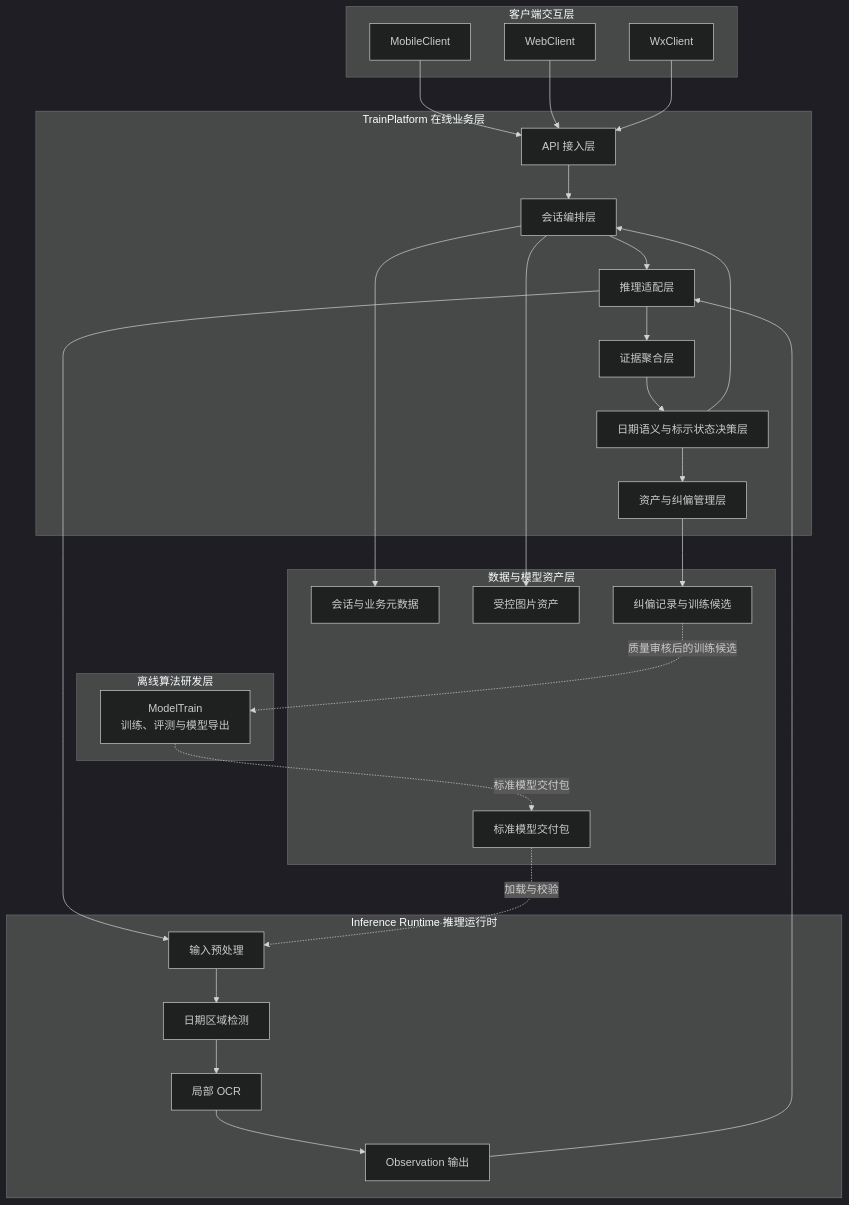
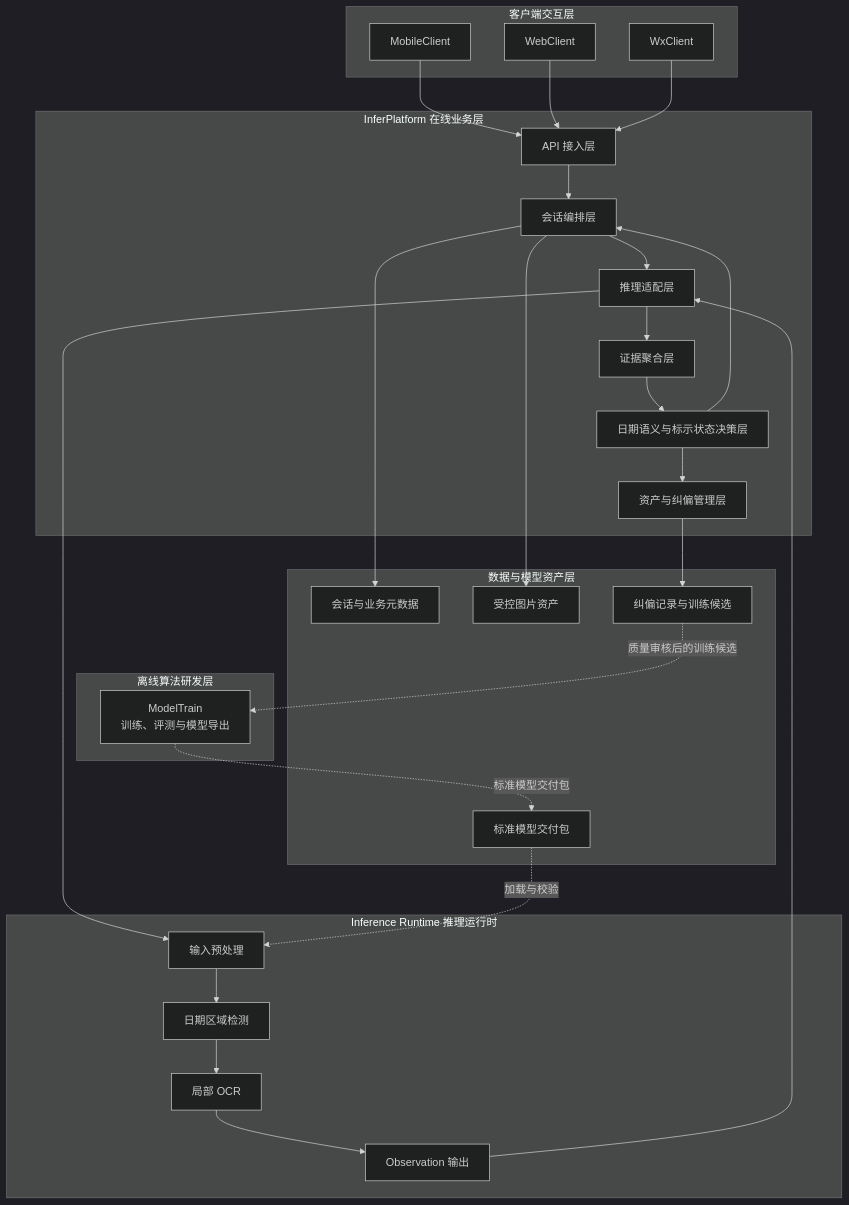
One commit to QingMouFoodDate/ProjectPRD changed the second of 6 diagrams in ARCHITECTURE.md. Above: the diagram before and after it, drawn with Mermaid (dark theme). The commit also changed other lines of this file and 3 other files, not shown here.

````diff
--- a/ARCHITECTURE.md
+++ b/ARCHITECTURE.md
@@ -46,50 +50,50 @@
 ```mermaid
 flowchart TB
     subgraph Clients["客户端交互层"]
         MOBILE["MobileClient"]
         WEB["WebClient"]
         WX["WxClient"]
     end
 
-    subgraph Platform["TrainPlatform 在线业务层"]
+    subgraph Platform["InferPlatform 在线业务层"]
         API["API 接入层"]
         SESSION["会话编排层"]
         ADAPTER["推理适配层"]
         EVIDENCE["证据聚合层"]
         DECISION["日期语义与标示状态决策层"]
         ASSET["资产与纠偏管理层"]
     end
 
     subgraph Runtime["Inference Runtime 推理运行时"]
         PREPROCESS["输入预处理"]
         DETECTOR["日期区域检测"]
         OCR["局部 OCR"]
         OBSERVATION["Observation 输出"]
     end
 
     subgraph Assets["数据与模型资产层"]
         BUSINESS["会话与业务元数据"]
         IMAGES["受控图片资产"]
         CORRECTIONS["纠偏记录与训练候选"]
         MODEL["标准模型交付包"]
     end
 
     subgraph Research["离线算法研发层"]
         TRAIN["ModelTrain<br/>训练、评测与模型导出"]
     end
 
     MOBILE --> API
     WEB --> API
     WX --> API
     API --> SESSION
     SESSION --> ADAPTER
     ADAPTER --> PREPROCESS --> DETECTOR --> OCR --> OBSERVATION
     OBSERVATION --> ADAPTER --> EVIDENCE --> DECISION --> SESSION
     SESSION --> BUSINESS
     SESSION --> IMAGES
     DECISION --> ASSET
     ASSET --> CORRECTIONS
     CORRECTIONS -.质量审核后的训练候选.-> TRAIN
     TRAIN -.标准模型交付包.-> MODEL
     MODEL -.加载与校验.-> PREPROCESS
 ```
````
